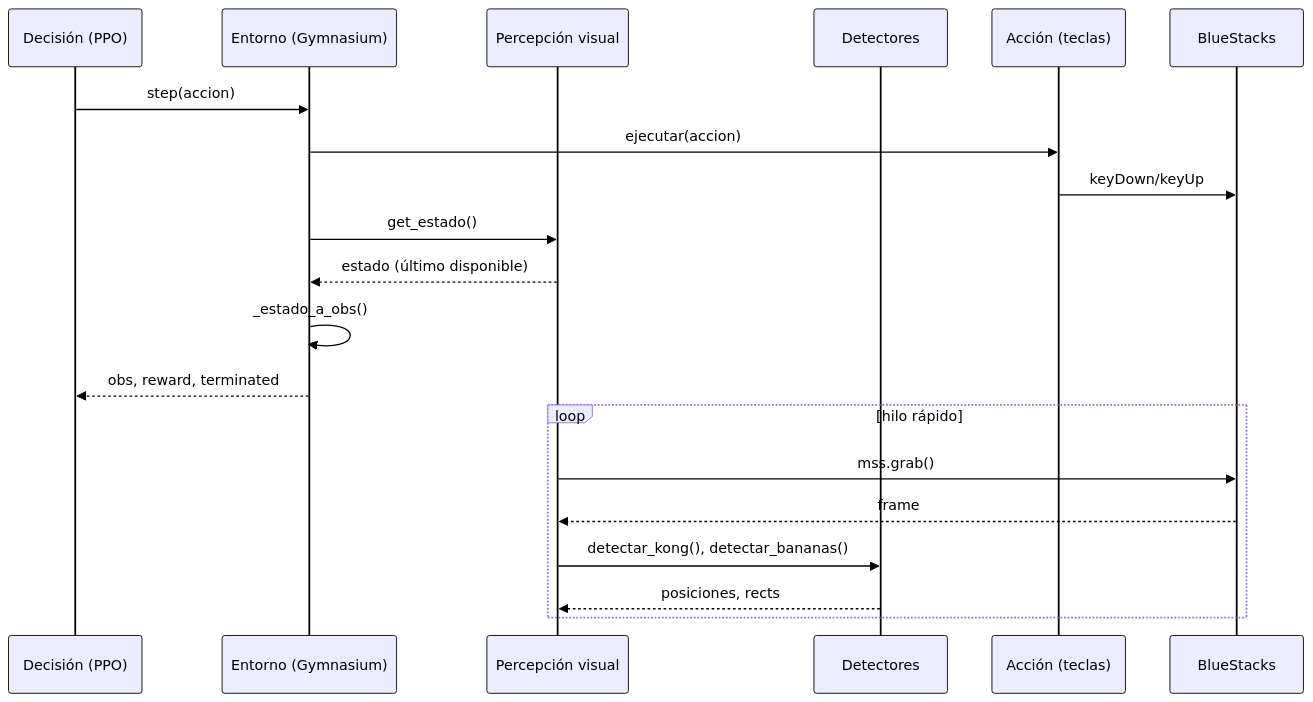
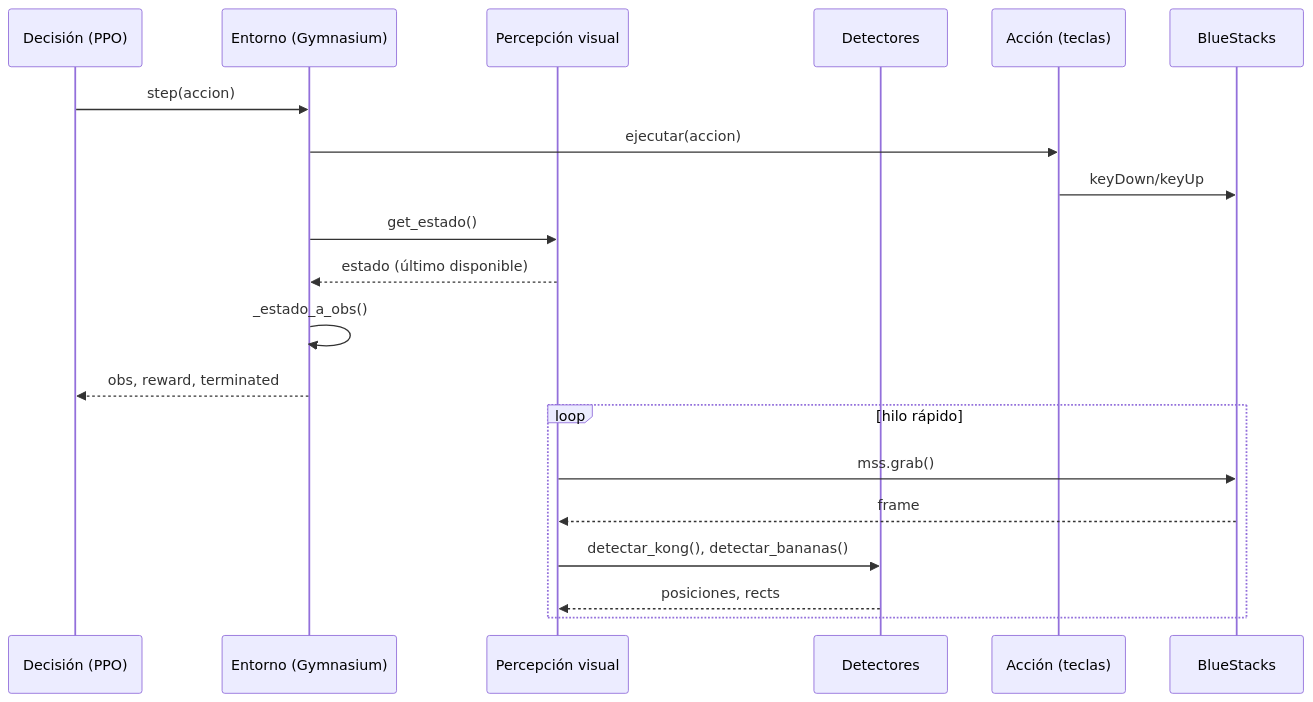
Before and after one commit to openlabun/KongBot: the second of 3 diagrams in Informe.md, drawn with Mermaid. The commit also changed other lines of this file, not shown here.

````diff
--- a/Informe.md
+++ b/Informe.md
@@ -358,25 +358,24 @@
 ```mermaid
-%%{init: {'themeVariables': {'actorBorder': '#000', 'actorTextColor': '#000', 'actorLineColor': '#000', 'signalColor': '#000', 'signalTextColor': '#000', 'noteTextColor': '#000', 'noteBorderColor': '#000'}}}%%
 sequenceDiagram
     participant PPO as Decisión (PPO)
     participant ENV as Entorno (Gymnasium)
     participant PER as Percepción visual
     participant DET as Detectores
     participant ACC as Acción (teclas)
     participant BS as BlueStacks
 
     PPO->>ENV: step(accion)
     ENV->>ACC: ejecutar(accion)
     ACC->>BS: keyDown/keyUp
     ENV->>PER: get_estado()
     PER-->>ENV: estado (último disponible)
     ENV->>ENV: _estado_a_obs()
     ENV-->>PPO: obs, reward, terminated
     
     loop hilo rápido
         PER->>BS: mss.grab()
         BS-->>PER: frame
         PER->>DET: detectar_kong(), detectar_bananas()
         DET-->>PER: posiciones, rects
     end
 ```
````
